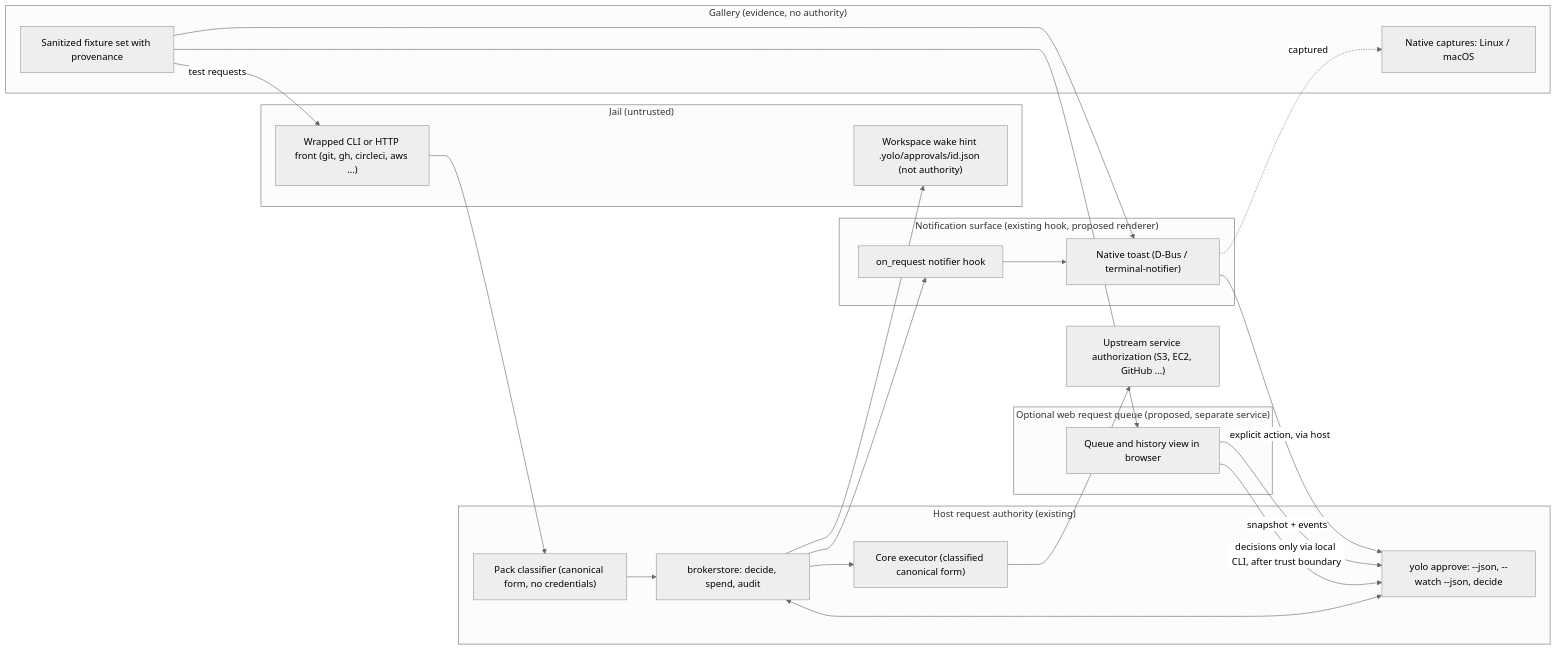
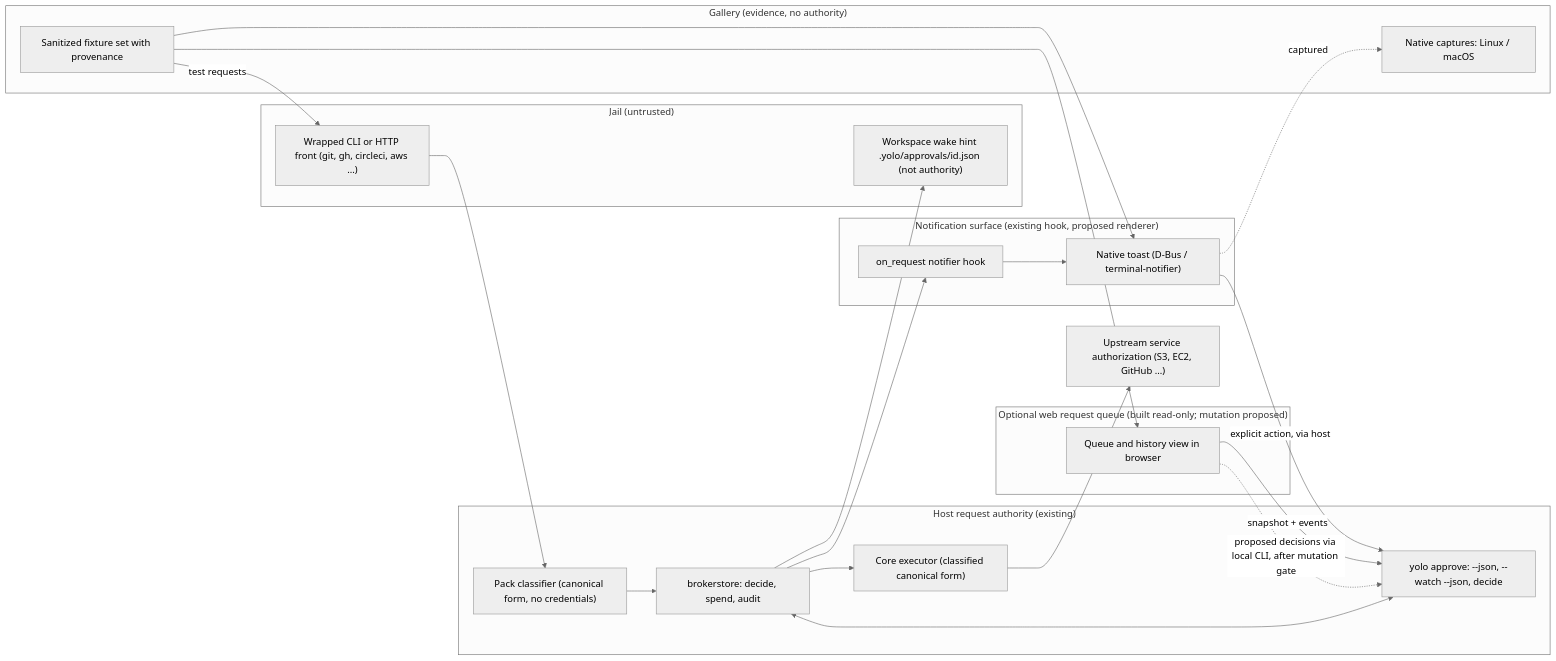
Before and after one commit to mschulkind-oss/yolo-jail: the diagram in docs/design/approval-experience/README.md, drawn with Mermaid (neutral theme). The commit also changed other lines of this file and 3 other files, not shown here.

````diff
--- a/docs/design/approval-experience/README.md
+++ b/docs/design/approval-experience/README.md
@@ -93,37 +110,37 @@
 ```mermaid
 flowchart LR
     subgraph jail["Jail (untrusted)"]
         prod["Wrapped CLI or HTTP front (git, gh, circleci, aws ...)"]
         hint["Workspace wake hint .yolo/approvals/id.json (not authority)"]
     end
     subgraph host["Host request authority (existing)"]
         cls["Pack classifier (canonical form, no credentials)"]
         store["brokerstore: decide, spend, audit"]
         exec["Core executor (classified canonical form)"]
         cli["yolo approve: --json, --watch --json, decide"]
     end
     subgraph notify["Notification surface (existing hook, proposed renderer)"]
         hook["on_request notifier hook"]
         toast["Native toast (D-Bus / terminal-notifier)"]
     end
-    subgraph queue["Optional web request queue (proposed, separate service)"]
+    subgraph queue["Optional web request queue (built read-only; mutation proposed)"]
         q["Queue and history view in browser"]
     end
     subgraph gallery["Gallery (evidence, no authority)"]
         fx["Sanitized fixture set with provenance"]
         shots["Native captures: Linux / macOS"]
     end
     svc["Upstream service authorization (S3, EC2, GitHub ...)"]
     prod --> cls --> store
     store --> exec --> svc
     store --> hint
     store --> hook --> toast
     toast -- "explicit action, via host" --> cli
     cli <--> store
     q -- "snapshot + events" --> cli
-    q -- "decisions only via local CLI, after trust boundary" --> cli
+    q -. "proposed decisions via local CLI, after mutation gate" .-> cli
     fx --> toast
     fx --> q
     fx -- "test requests" --> prod
     toast -. "captured" .-> shots
 ```
````
